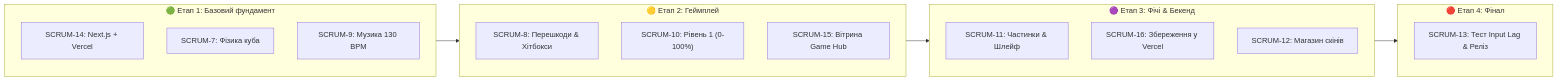
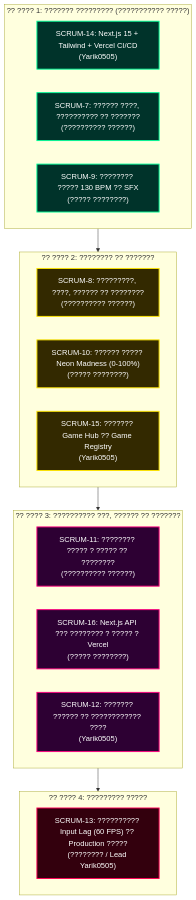
The diagram in README.md (greenyarik0505-jpg/duck-verse), drawn with Mermaid before and after one commit. The commit also changed other lines of this file, not shown here.

Commit message:
docs: comprehensive README with ASCII art, full GD specs, registry guide and roadmap

````diff
--- a/README.md
+++ b/README.md
@@ -29,26 +174,31 @@
 ```mermaid
-graph LR
-    subgraph E1["🟢 Етап 1: Базовий фундамент"]
-        T14["SCRUM-14: Next.js + Vercel"]
-        T7["SCRUM-7: Фізика куба"]
-        T9["SCRUM-9: Музика 130 BPM"]
+graph TD
+    classDef p1 fill:#00332a,stroke:#00ff99,stroke-width:2px,color:#fff;
+    classDef p2 fill:#332900,stroke:#ffe600,stroke-width:2px,color:#fff;
+    classDef p3 fill:#2d0033,stroke:#ff007f,stroke-width:2px,color:#fff;
+    classDef p4 fill:#33000d,stroke:#ff0055,stroke-width:2px,color:#fff;
+
+    subgraph Phase1 ["?? ???? 1: ??????? ????????? (??????????? ?????)"]
+        T14["SCRUM-14: Next.js 15 + Tailwind + Vercel CI/CD<br/>(Yarik0505)"]:::p1
+        T7["SCRUM-7: ?????? ????, ?????????? ?? ???????<br/>(?????????? ??????)"]:::p1
+        T9["SCRUM-9: ???????? ????? 130 BPM ?? SFX<br/>(????? ????????)"]:::p1
     end
 
-    subgraph E2["🟡 Етап 2: Геймплей"]
-        T8["SCRUM-8: Перешкоди & Хітбокси"]
-        T10["SCRUM-10: Рівень 1 (0-100%)"]
-        T15["SCRUM-15: Вітрина Game Hub"]
+    subgraph Phase2 ["?? ???? 2: ???????? ?? ???????"]
+        T8["SCRUM-8: ?????????, ????, ?????? ?? ????????<br/>(?????????? ??????)"]:::p2
+        T10["SCRUM-10: ?????? ????? Neon Madness (0-100%)<br/>(????? ????????)"]:::p2
+        T15["SCRUM-15: ??????? Game Hub ?? Game Registry<br/>(Yarik0505)"]:::p2
     end
 
-    subgraph E3["🟣 Етап 3: Фічі & Бекенд"]
-        T11["SCRUM-11: Частинки & Шлейф"]
-        T16["SCRUM-16: Збереження у Vercel"]
-        T12["SCRUM-12: Магазин скінів"]
+    subgraph Phase3 ["?? ???? 3: ?????????? ???, ?????? ?? ???????"]
+        T11["SCRUM-11: ???????? ????? ? ????? ?? ????????<br/>(?????????? ??????)"]:::p3
+        T16["SCRUM-16: Next.js API ??? ???????? ? ????? ? Vercel<br/>(????? ????????)"]:::p3
+        T12["SCRUM-12: ??????? ?????? ?? ???????????? ????<br/>(Yarik0505)"]:::p3
     end
 
-    subgraph E4["🔴 Етап 4: Фінал"]
-        T13["SCRUM-13: Тест Input Lag & Реліз"]
+    subgraph Phase4 ["?? ???? 4: ????????? ?????"]
+        T13["SCRUM-13: ?????????? Input Lag (60 FPS) ?? Production ?????<br/>(???????? / Lead Yarik0505)"]:::p4
     end
 
-    E1 --> E2 --> E3 --> E4
+    Phase1 --> Phase2 --> Phase3 --> Phase4
 ```
````
